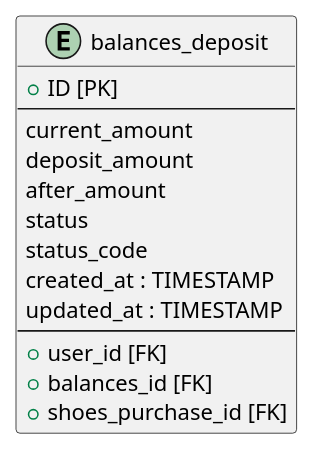
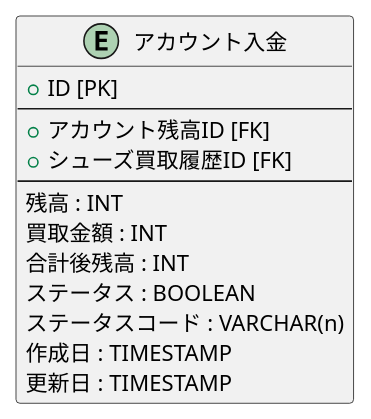
The diagram in db/balances_deposit.pu (mybz-inc/sneaker), drawn with PlantUML before and after one commit. The commit also changed 17 other files, not shown here.

```diff
--- a/db/balances_deposit.pu
+++ b/db/balances_deposit.pu
@@ -1,17 +1,16 @@
-@startuml balances_deposit
-entity balances_deposit {
+@startuml アカウント入金
+entity アカウント入金 {
   + ID [PK]
   --
-  current_amount
-  deposit_amount
-  after_amount
-  status
-  status_code
-  created_at : TIMESTAMP
-  updated_at : TIMESTAMP
+  + アカウント残高ID [FK]
+  + シューズ買取履歴ID [FK]
   --
-  + user_id [FK]
-  + balances_id [FK]
-  + shoes_purchase_id [FK]
+  残高 : INT
+  買取金額 : INT
+  合計後残高 : INT
+  ステータス : BOOLEAN
+  ステータスコード : VARCHAR(n)
+  作成日 : TIMESTAMP
+  更新日 : TIMESTAMP
 }
 @enduml
```
